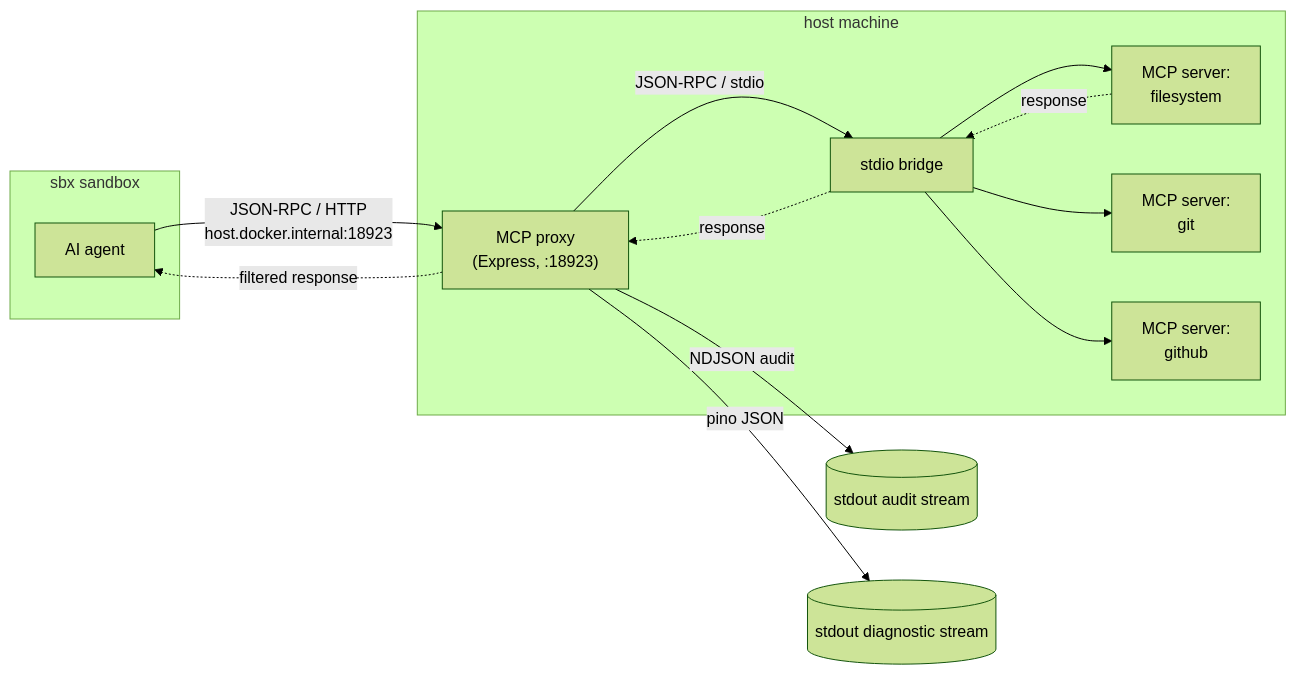
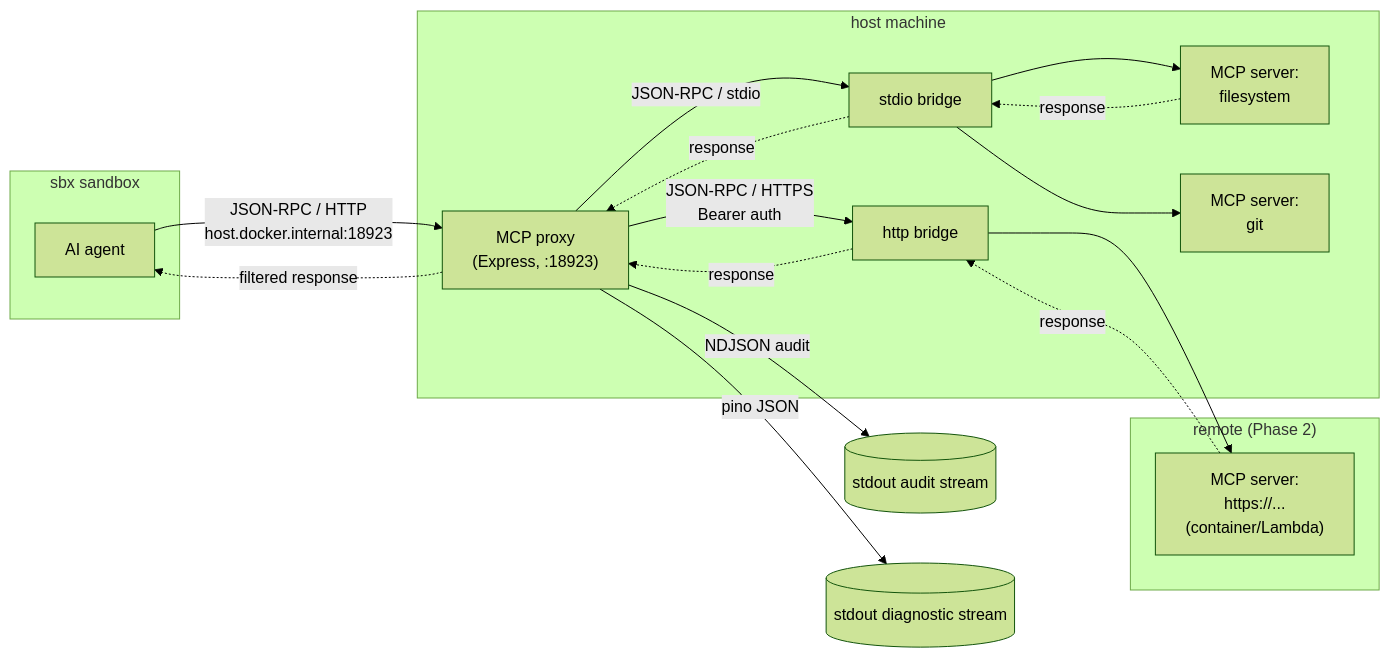
Before and after one commit to zickgraf-ai/agentic-press: the first of 2 diagrams in docs/architecture.md, drawn with Mermaid (forest theme). The commit also changed other lines of this file and 11 other files, not shown here.

First line of the commit message:
feat: Streamable HTTP transport for remote MCP servers (#45)

````diff
--- a/docs/architecture.md
+++ b/docs/architecture.md
@@ -17,23 +19,29 @@
 ```mermaid
 flowchart LR
   subgraph SBX["sbx sandbox"]
     A[AI agent]
   end
   subgraph HOST["host machine"]
     P["MCP proxy<br/>(Express, :18923)"]
     B["stdio bridge"]
+    H["http bridge"]
     M1["MCP server:<br/>filesystem"]
     M2["MCP server:<br/>git"]
-    M3["MCP server:<br/>github"]
+  end
+  subgraph REMOTE["remote (Phase 2)"]
+    M3["MCP server:<br/>https://...<br/>(container/Lambda)"]
   end
   A -- "JSON-RPC / HTTP<br/>host.docker.internal:18923" --> P
   P -- "JSON-RPC / stdio" --> B
+  P -- "JSON-RPC / HTTPS<br/>Bearer auth" --> H
   B --> M1
   B --> M2
-  B --> M3
+  H --> M3
   M1 -.response.-> B
   B -.response.-> P
+  M3 -.response.-> H
+  H -.response.-> P
   P -.filtered response.-> A
   P -- "NDJSON audit" --> LOG[("stdout audit stream")]
   P -- "pino JSON" --> DIAG[("stdout diagnostic stream")]
 ```
````
